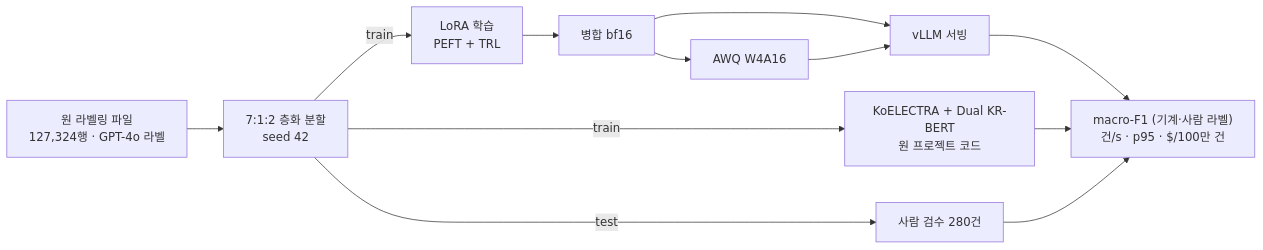
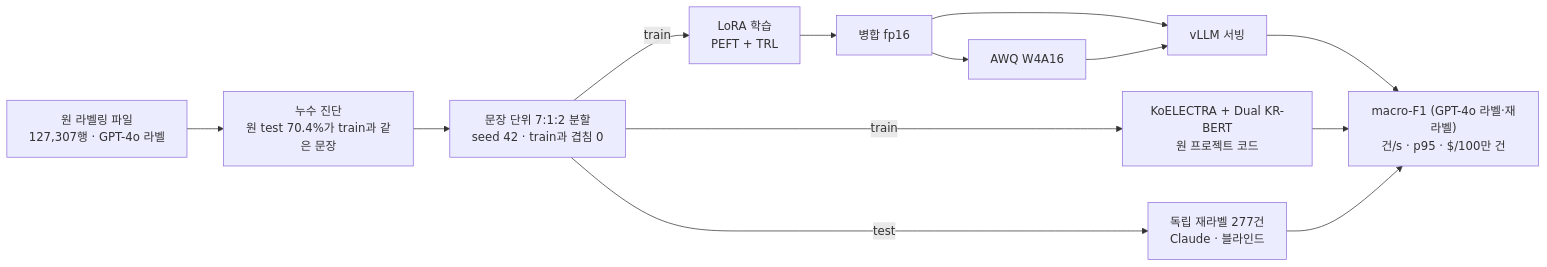
Before and after one commit to parksungyun0411/jeju-emotion-lora: the diagram in README.md, drawn with Mermaid. The commit also changed other lines of this file and 10 other files, not shown here.

````diff
--- a/README.md
+++ b/README.md
@@ -24,13 +46,14 @@
 ```mermaid
 flowchart LR
-    D["원 라벨링 파일<br/>127,324행 · GPT-4o 라벨"] --> S["7:1:2 층화 분할<br/>seed 42"]
+    D["원 라벨링 파일<br/>127,307행 · GPT-4o 라벨"] --> K["누수 진단<br/>원 test 70.4%가 train과 같은 문장"]
+    K --> S["문장 단위 7:1:2 분할<br/>seed 42 · train과 겹침 0"]
     S -- train --> L["LoRA 학습<br/>PEFT + TRL"]
     S -- train --> E["KoELECTRA + Dual KR-BERT<br/>원 프로젝트 코드"]
-    S -- test --> H["사람 검수 280건"]
-    L --> M["병합 bf16"] --> Q["AWQ W4A16"]
+    S -- test --> H["독립 재라벨 277건<br/>Claude · 블라인드"]
+    L --> M["병합 fp16"] --> Q["AWQ W4A16"]
     M --> V["vLLM 서빙"]
     Q --> V
-    V --> R["macro-F1 (기계·사람 라벨)<br/>건/s · p95 · $/100만 건"]
+    V --> R["macro-F1 (GPT-4o 라벨·재라벨)<br/>건/s · p95 · $/100만 건"]
     E --> R
     H --> R
 ```
````
